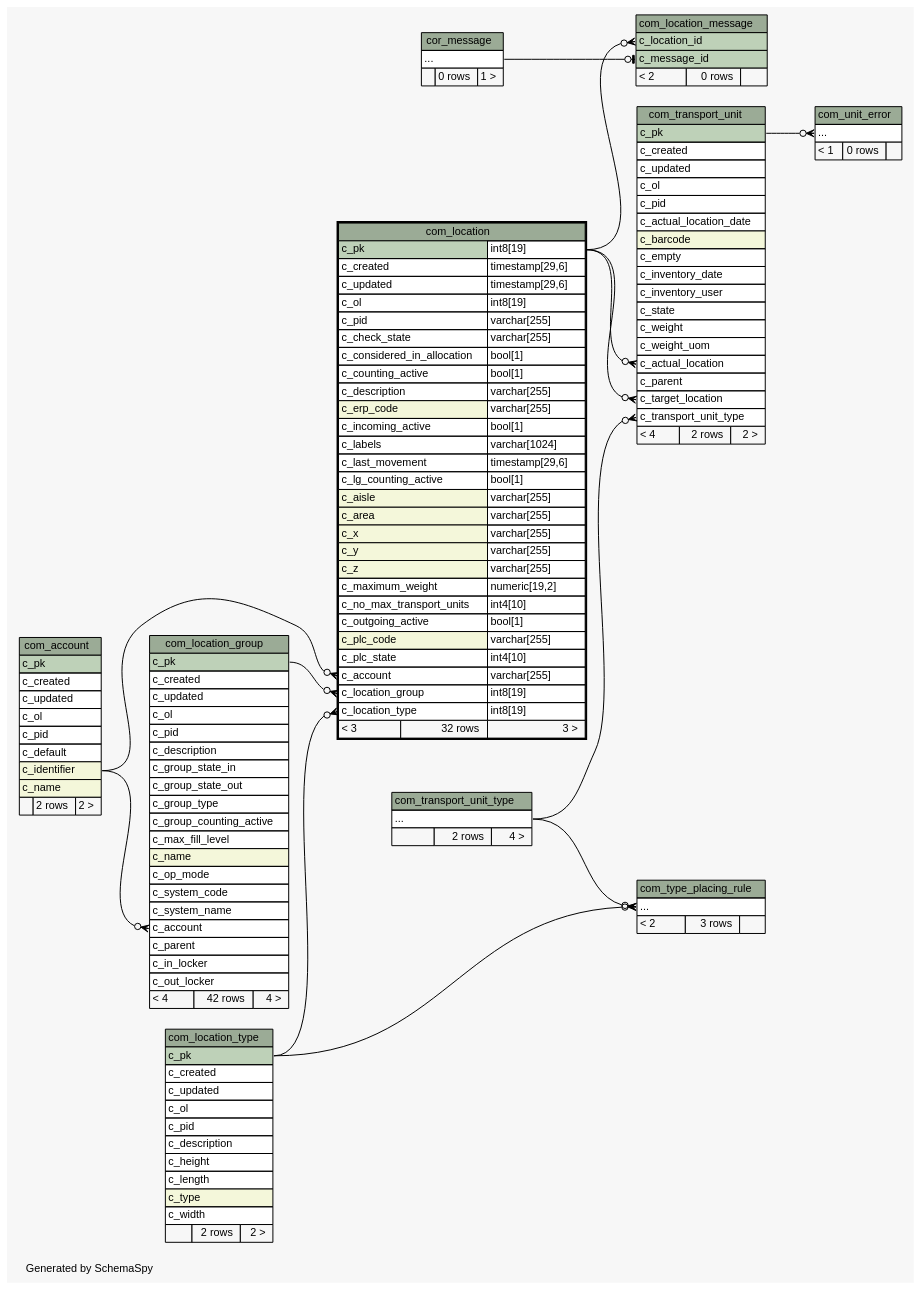
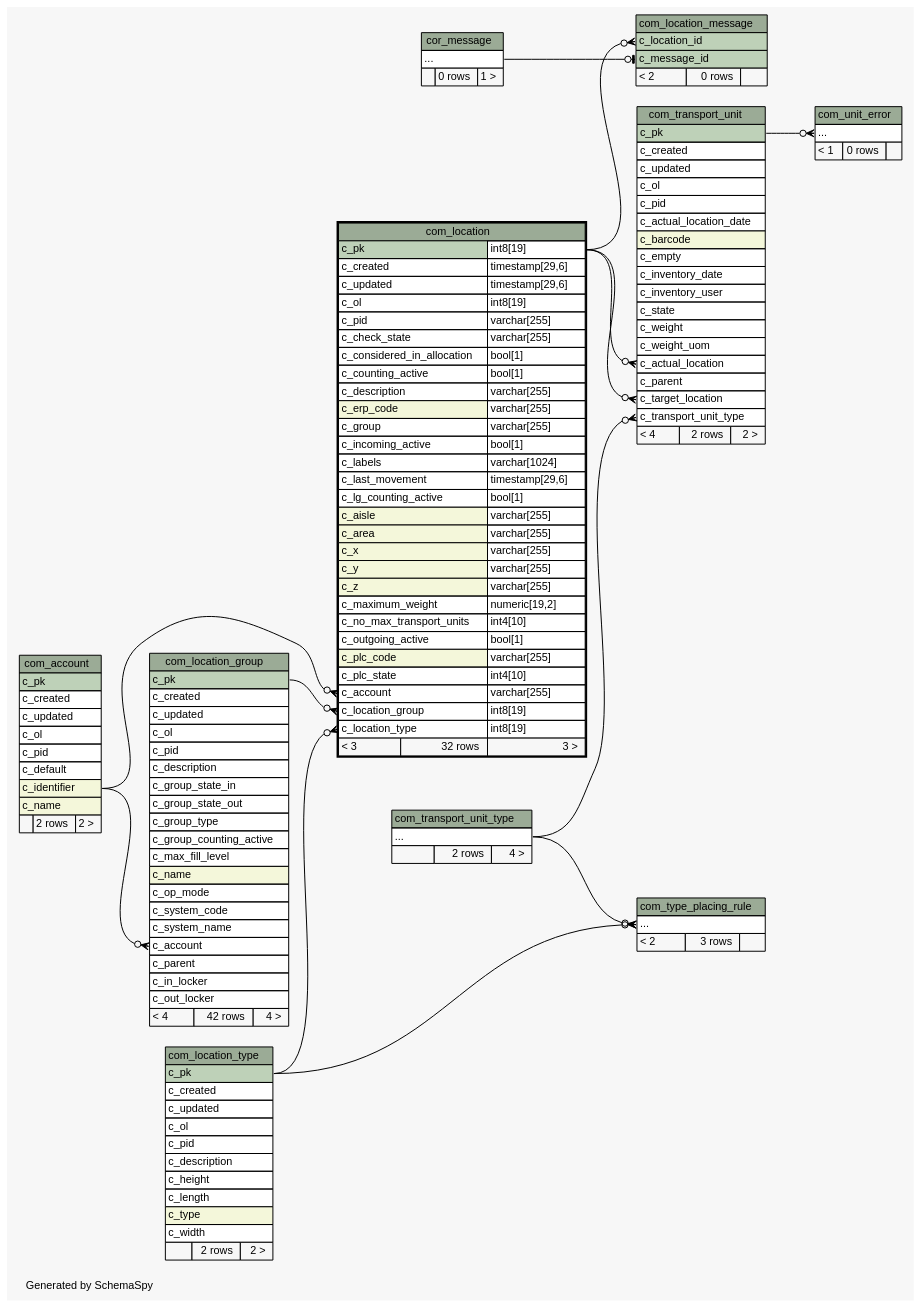
Before and after one commit to openwms/org.openwms.common.service.lib: the diagram in 1.7.0-SNAPSHOT/schemaspy/diagrams/com_location.2degrees.dot, drawn with Graphviz. The commit also changed 418 other files, not shown here.

```diff
--- a/1.7.0-SNAPSHOT/schemaspy/diagrams/com_location.2degrees.dot
+++ b/1.7.0-SNAPSHOT/schemaspy/diagrams/com_location.2degrees.dot
@@ -62,6 +62,7 @@
       <TR><TD PORT="c_counting_active" COLSPAN="2" ALIGN="LEFT">c_counting_active</TD><TD PORT="c_counting_active.type" ALIGN="LEFT">bool[1]</TD></TR>
       <TR><TD PORT="c_description" COLSPAN="2" ALIGN="LEFT">c_description</TD><TD PORT="c_description.type" ALIGN="LEFT">varchar[255]</TD></TR>
       <TR><TD PORT="c_erp_code" COLSPAN="2" BGCOLOR="#f4f7da" ALIGN="LEFT">c_erp_code</TD><TD PORT="c_erp_code.type" ALIGN="LEFT">varchar[255]</TD></TR>
+      <TR><TD PORT="c_group" COLSPAN="2" ALIGN="LEFT">c_group</TD><TD PORT="c_group.type" ALIGN="LEFT">varchar[255]</TD></TR>
       <TR><TD PORT="c_incoming_active" COLSPAN="2" ALIGN="LEFT">c_incoming_active</TD><TD PORT="c_incoming_active.type" ALIGN="LEFT">bool[1]</TD></TR>
       <TR><TD PORT="c_labels" COLSPAN="2" ALIGN="LEFT">c_labels</TD><TD PORT="c_labels.type" ALIGN="LEFT">varchar[1024]</TD></TR>
       <TR><TD PORT="c_last_movement" COLSPAN="2" ALIGN="LEFT">c_last_movement</TD><TD PORT="c_last_movement.type" ALIGN="LEFT">timestamp[29,6]</TD></TR>
```
